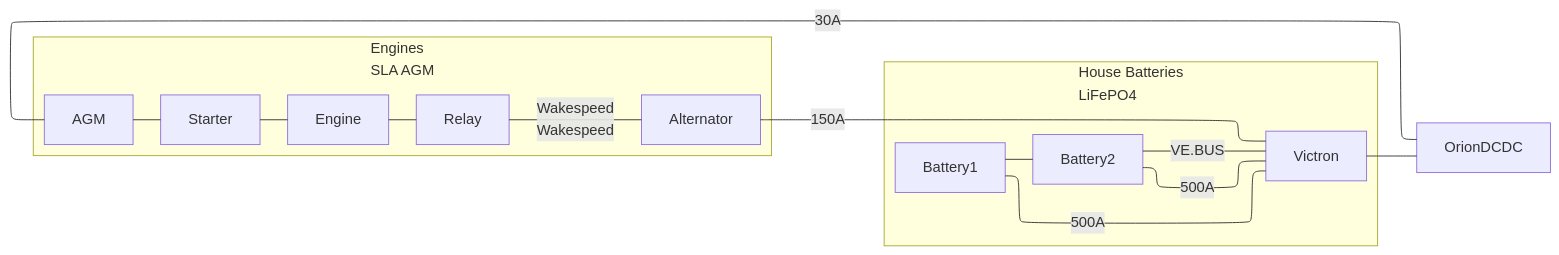
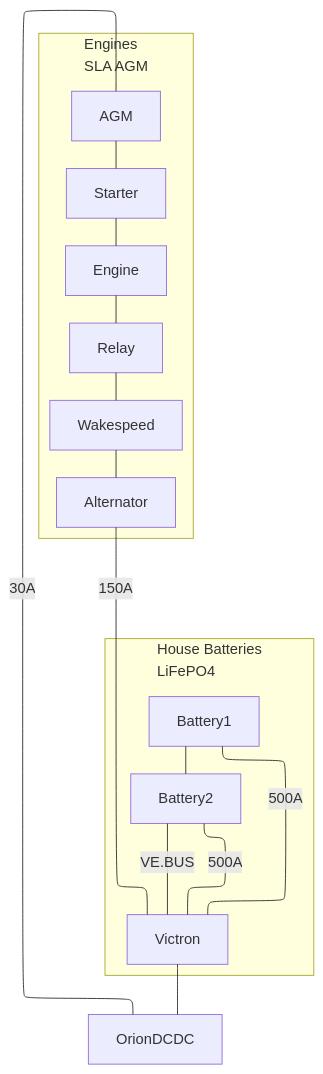
Before and after one commit to dcoon/svharmony: the diagram in owners_manual/Batteries.md, drawn with Mermaid.

````diff
--- a/owners_manual/Batteries.md
+++ b/owners_manual/Batteries.md
@@ -3,23 +3,23 @@
 ```mermaid
 
-flowchart-elk LR
+flowchart-elk
   
 Victron --- OrionDCDC
 OrionDCDC ---|30A| AGM
   
 subgraph house["House Batteries
 LiFePO4"]
   Battery1 ---|500A| Victron
   Battery2 ---|500A| Victron
   Battery1 --- Battery2
 end
 Battery2 ---|VE.BUS| Victron
 
 subgraph engine["Engines
 SLA AGM"]
   AGM --- Starter --- Engine
-  Engine --- Relay -- Wakespeed
+  Engine --- Relay --- Wakespeed
   Wakespeed --- Alternator ---|150A| Victron
 end
 
 ```
````
